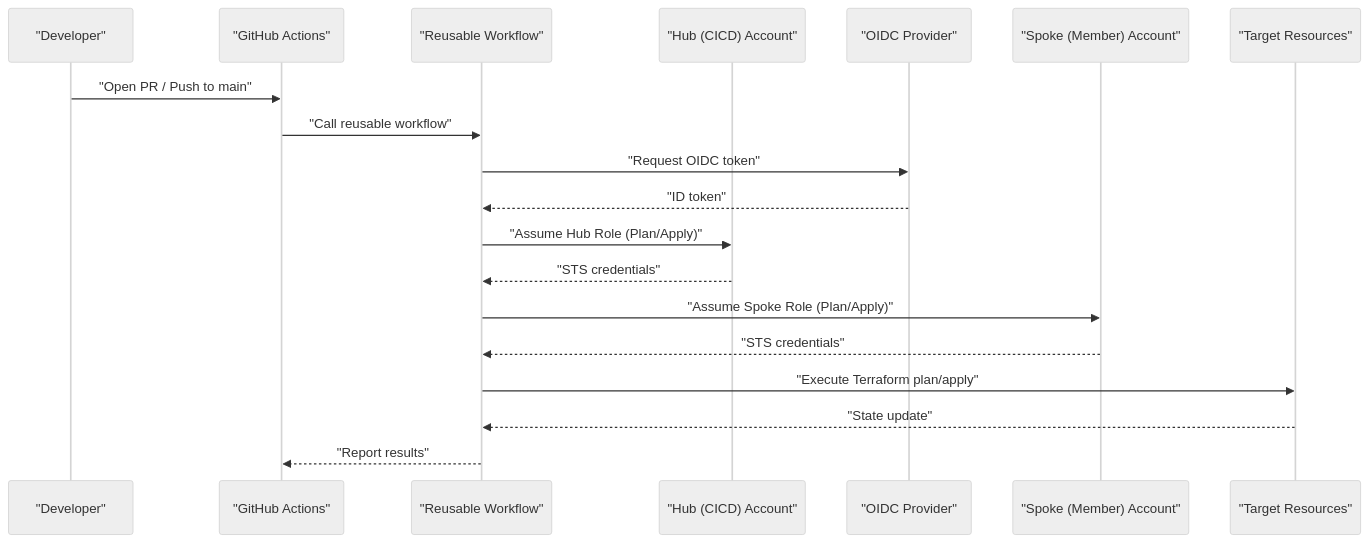
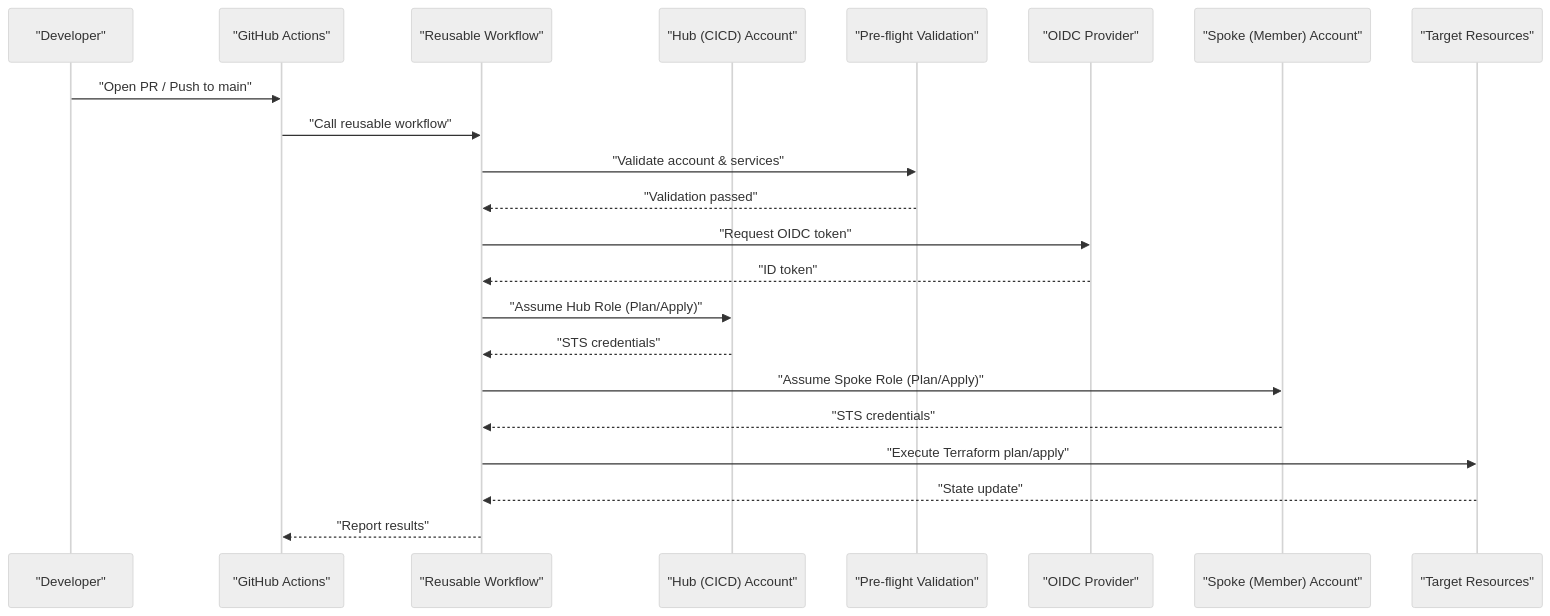
One commit to AlibabaCloudLandingZone/alibabacloud-landingzone-accelerator-github-demo changed the second of 9 diagrams in .qoder/repowiki/en/content/Bootstrap Infrastructure/CI_CD Foundation.md. Above: the diagram before and after it, drawn with Mermaid (neutral theme). The commit also changed other lines of this file and 34 other files, not shown here.

First line of the commit message:
refactor(ci-cd): enhance bootstrap foundation with pre-flight checks and least-privilege policies

````diff
--- a/.qoder/repowiki/en/content/Bootstrap Infrastructure/CI_CD Foundation.md
+++ b/.qoder/repowiki/en/content/Bootstrap Infrastructure/CI_CD Foundation.md
@@ -104,21 +123,24 @@
 ```mermaid
 sequenceDiagram
 participant Dev as "Developer"
 participant GH as "GitHub Actions"
 participant WF as "Reusable Workflow"
 participant Hub as "Hub (CICD) Account"
+participant PreCheck as "Pre-flight Validation"
 participant OIDC as "OIDC Provider"
 participant Spoke as "Spoke (Member) Account"
 participant Res as "Target Resources"
 Dev->>GH : "Open PR / Push to main"
 GH->>WF : "Call reusable workflow"
+WF->>PreCheck : "Validate account & services"
+PreCheck-->>WF : "Validation passed"
 WF->>OIDC : "Request OIDC token"
 OIDC-->>WF : "ID token"
 WF->>Hub : "Assume Hub Role (Plan/Apply)"
 Hub-->>WF : "STS credentials"
 WF->>Spoke : "Assume Spoke Role (Plan/Apply)"
 Spoke-->>WF : "STS credentials"
 WF->>Res : "Execute Terraform plan/apply"
 Res-->>WF : "State update"
 WF-->>GH : "Report results"
 ```
````
